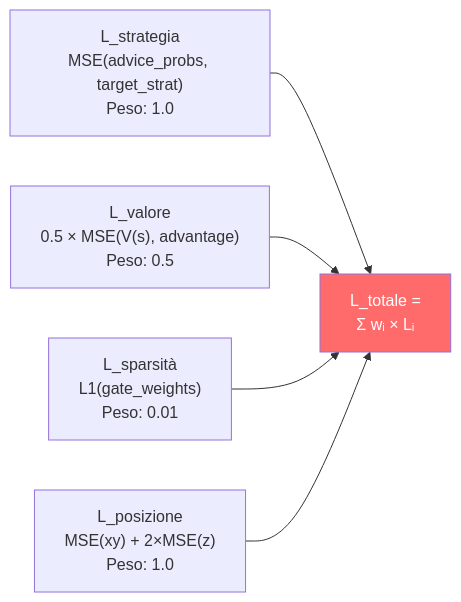
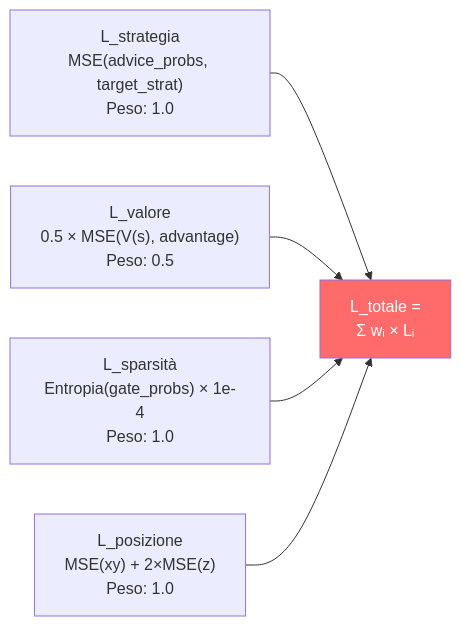
Before and after one commit to renanaugustomacena-ux/Counter-Strike-coach-AI: the eighth of 52 diagrams in docs/books/Book-Coach-3.md, drawn with Mermaid. The commit also changed other lines of this file and 4 other files, not shown here.

````diff
--- a/docs/books/Book-Coach-3.md
+++ b/docs/books/Book-Coach-3.md
@@ -575,12 +580,12 @@
 ```mermaid
 flowchart LR
     STRAT["L_strategia<br/>MSE(advice_probs, target_strat)<br/>Peso: 1.0"]
     VALUE["L_valore<br/>0.5 × MSE(V(s), advantage)<br/>Peso: 0.5"]
-    SPARSE["L_sparsità<br/>L1(gate_weights)<br/>Peso: 0.01"]
+    SPARSE["L_sparsità<br/>Entropia(gate_probs) × 1e-4<br/>Peso: 1.0"]
     POS["L_posizione<br/>MSE(xy) + 2×MSE(z)<br/>Peso: 1.0"]
     STRAT --> TOTAL["L_totale =<br/>Σ wᵢ × Lᵢ"]
     VALUE --> TOTAL
     SPARSE --> TOTAL
     POS --> TOTAL
     style TOTAL fill:#ff6b6b,color:#fff
 ```
````
